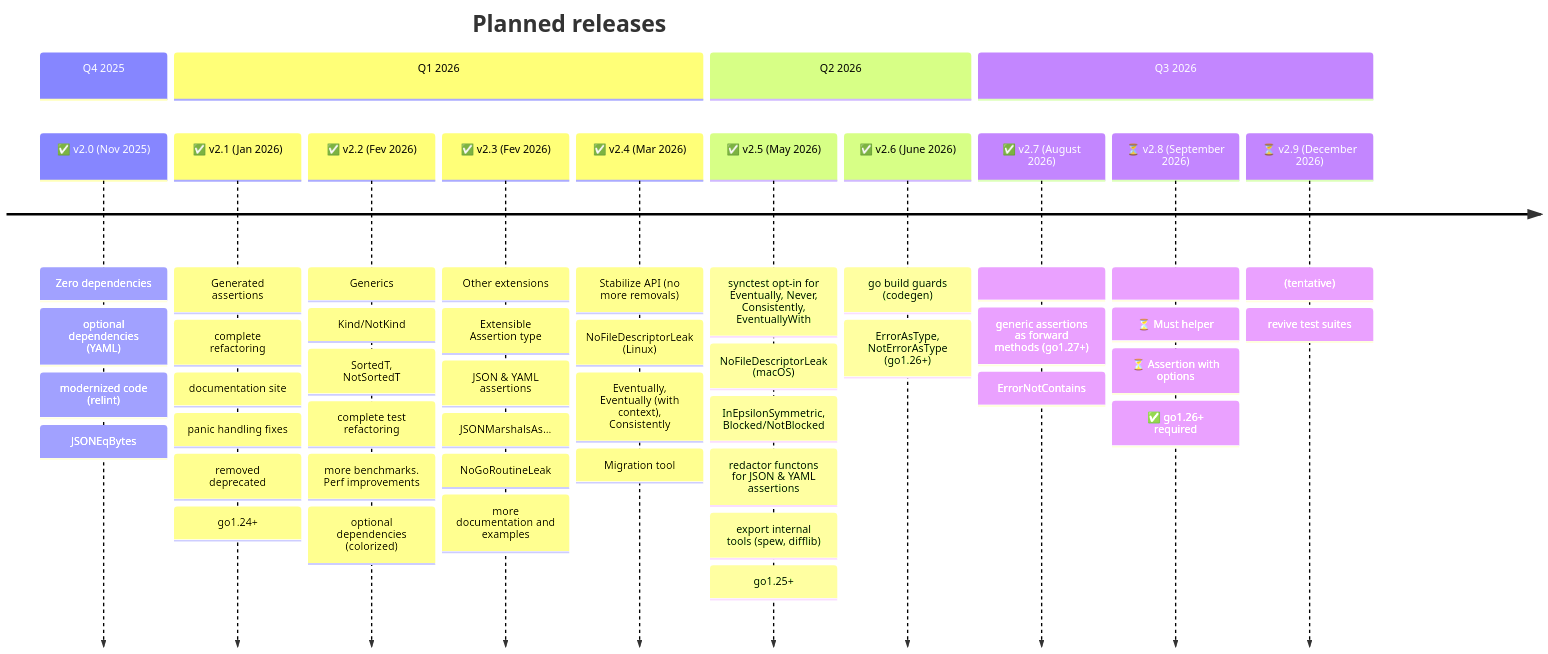
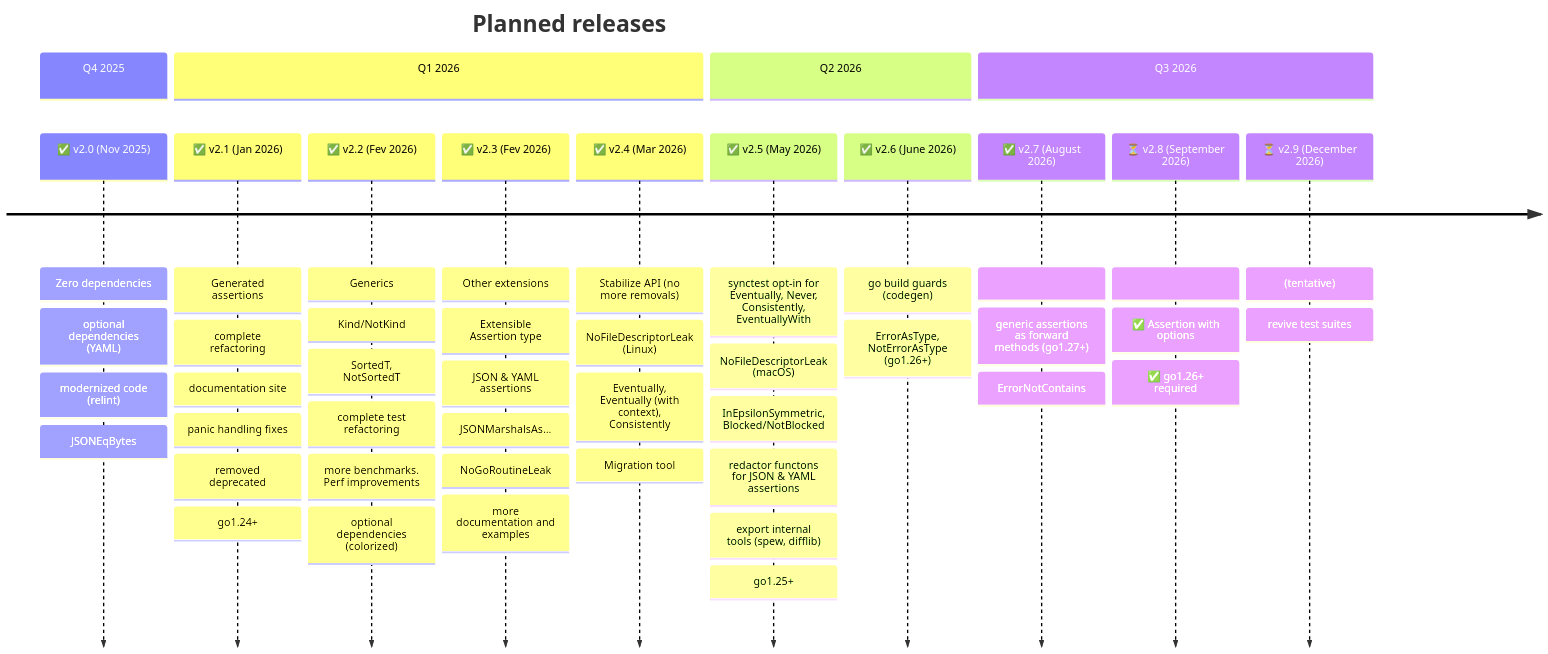
Before and after one commit to go-openapi/testify: the diagram in docs/doc-site/project/maintainers/ROADMAP.md, drawn with Mermaid.

Commit message:
doc: updated roadmap (#168)
* landed our implementation of "hunkSize" parameterization
  (reference: https://github.com/stretchr/testify/issues/1878)
* won't implement "require.Must": the cost of the asymmetry offset the
  expected minor conciseness gains
  (reference: https://github.com/stretchr/testify/pull/1945=

```diff
--- a/docs/doc-site/project/maintainers/ROADMAP.md
+++ b/docs/doc-site/project/maintainers/ROADMAP.md
@@ -9,50 +9,49 @@
 {{< mermaid align="center" zoom="true" >}}
 timeline
     title Planned releases
     section Q4 2025
     ✅ v2.0 (Nov 2025) : Zero dependencies
                     : optional dependencies (YAML)
                     : modernized code (relint)
                     : JSONEqBytes
     section Q1 2026
     ✅ v2.1 (Jan 2026) : Generated assertions
                     : complete refactoring
                     : documentation site
                     : panic handling fixes
                     : removed deprecated
                     : go1.24+
     ✅ v2.2 (Fev 2026) : Generics
                     : Kind/NotKind
                     : SortedT, NotSortedT
                     : complete test refactoring
                     : more benchmarks. Perf improvements
                     : optional dependencies (colorized)
     ✅ v2.3 (Fev 2026) : Other extensions
                     : Extensible Assertion type
                     : JSON & YAML assertions: JSONMarshalsAs...
                     : NoGoRoutineLeak
                     : more documentation and examples
     ✅ v2.4 (Mar 2026) : Stabilize API (no more removals)
                     : NoFileDescriptorLeak (Linux)
                     : Eventually, Eventually (with context), Consistently
                     : Migration tool
     section Q2 2026
     ✅ v2.5 (May 2026) : synctest opt-in for Eventually, Never, Consistently, EventuallyWith
                     : NoFileDescriptorLeak (macOS)
                     : InEpsilonSymmetric, Blocked/NotBlocked
                     : redactor functons for JSON & YAML assertions
                     : export internal tools (spew, difflib)
                     : go1.25+
     ✅ v2.6 (June 2026) : go build guards (codegen)
                     : ErrorAsType, NotErrorAsType (go1.26+)
     section Q3 2026
     ✅ v2.7 (August 2026) :
                     : generic assertions as forward methods (go1.27+)
                     : ErrorNotContains
     ⏳ v2.8 (September 2026) :
-                    : ⏳ Must helper
-                    : ⏳ Assertion with options
+                    : ✅ Assertion with options
                     : ✅ go1.26+ required
     ⏳ v2.9 (December 2026) : (tentative)
                     : revive test suites
 {{< /mermaid >}}
```
